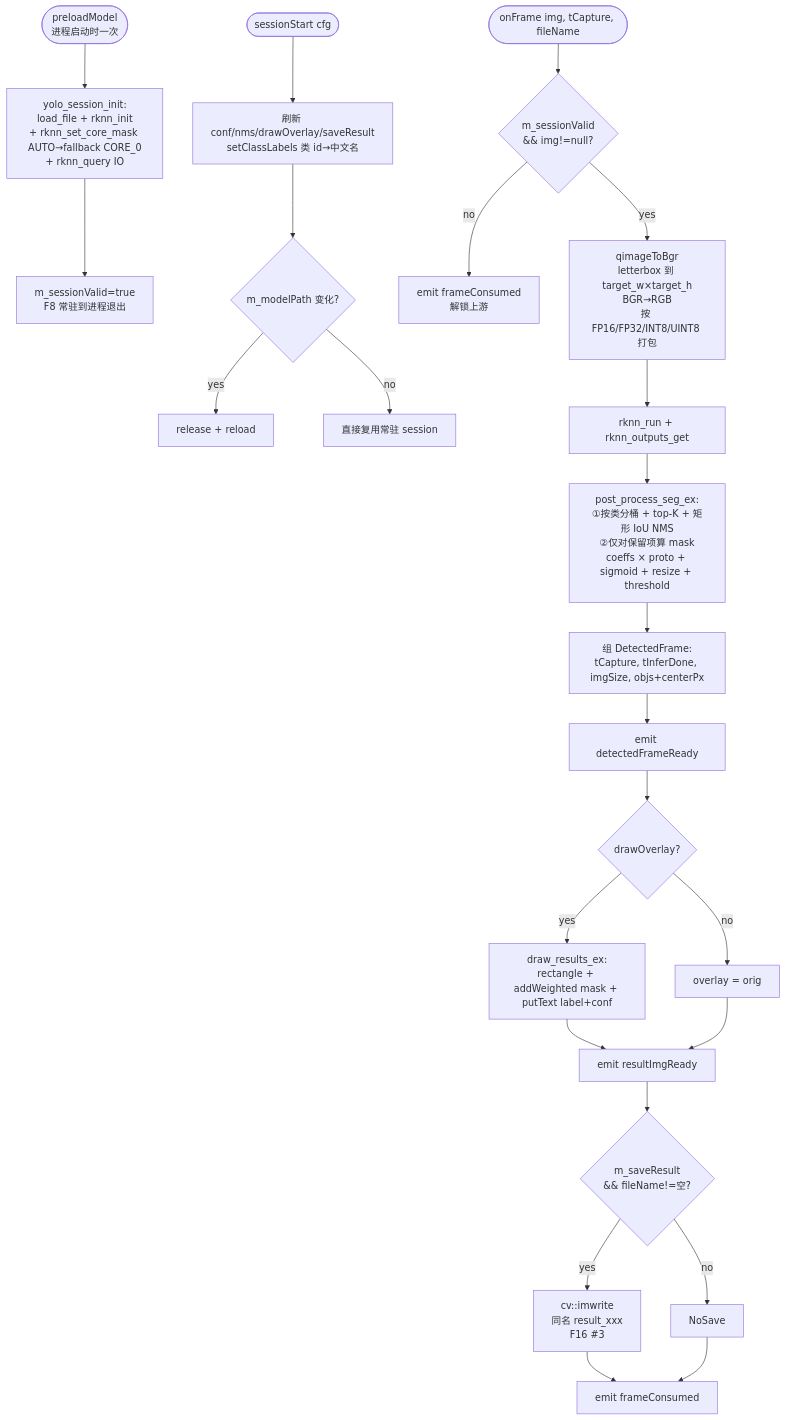
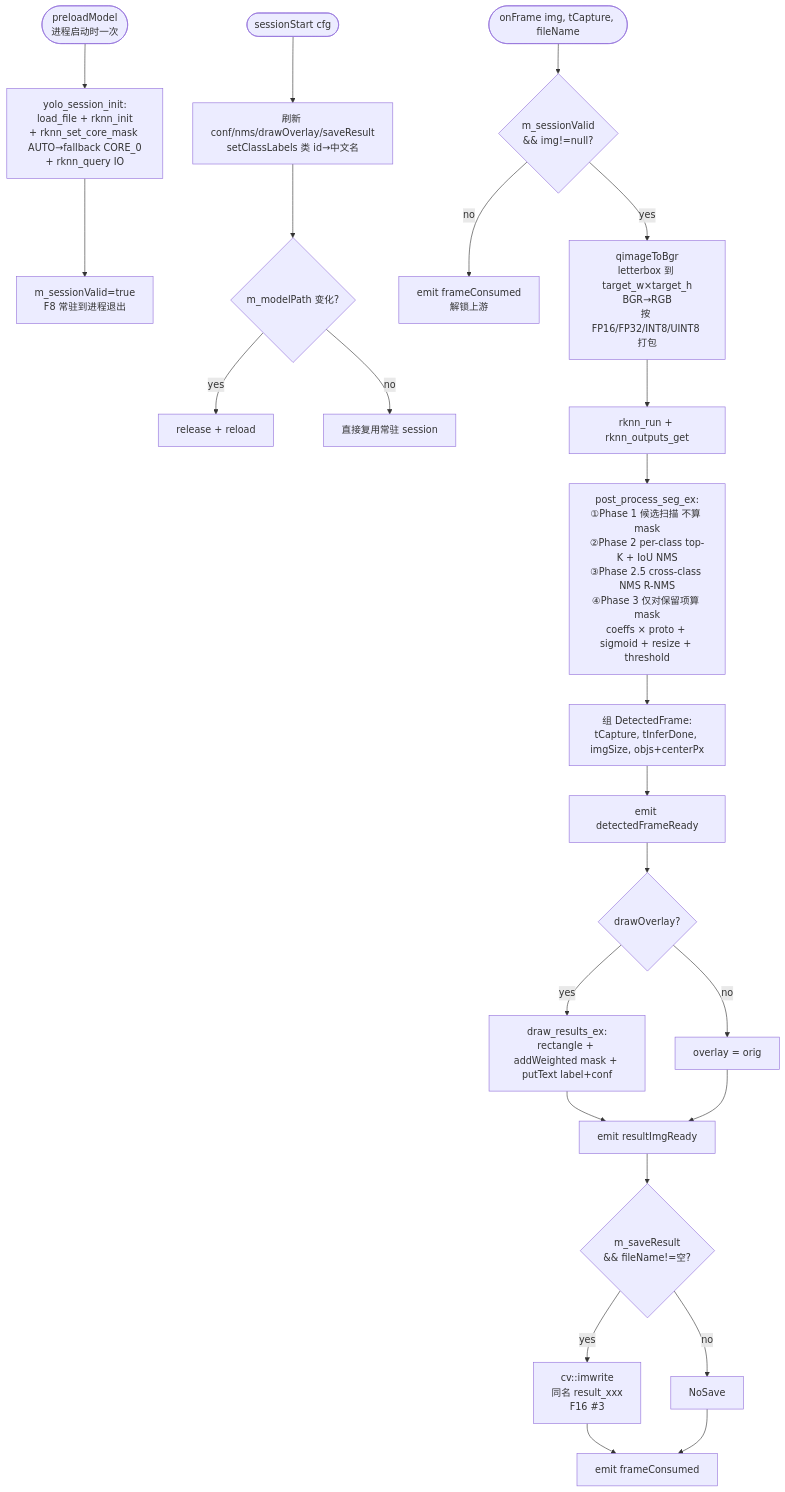
Before and after one commit to XiChYo/QINGLV: the tenth of 24 diagrams in docs/architecture.md, drawn with Mermaid. The commit also changed other lines of this file and 3 other files, not shown here.

````diff
--- a/docs/architecture.md
+++ b/docs/architecture.md
@@ -439,30 +453,30 @@
 ```mermaid
 flowchart TD
     PL([preloadModel<br/>进程启动时一次]) --> Load[yolo_session_init:<br/>load_file + rknn_init<br/>+ rknn_set_core_mask AUTO→fallback CORE_0<br/>+ rknn_query IO]
     Load --> Persist[m_sessionValid=true<br/>F8 常驻到进程退出]
 
     SS([sessionStart cfg]) --> Refresh[刷新 conf/nms/drawOverlay/saveResult<br/>setClassLabels 类 id→中文名]
     Refresh --> Check{m_modelPath 变化?}
     Check -- yes --> Reload[release + reload]
     Check -- no --> Keep[直接复用常驻 session]
 
     F([onFrame img, tCapture, fileName]) --> Valid{m_sessionValid<br/>&& img!=null?}
     Valid -- no --> ConsumeNoOp[emit frameConsumed<br/>解锁上游]
     Valid -- yes --> Pre[qimageToBgr<br/>letterbox 到 target_w×target_h<br/>BGR→RGB<br/>按 FP16/FP32/INT8/UINT8 打包]
     Pre --> Run[rknn_run + rknn_outputs_get]
-    Run --> Post[post_process_seg_ex:<br/>①按类分桶 + top-K + 矩形 IoU NMS<br/>②仅对保留项算 mask<br/>coeffs × proto + sigmoid + resize + threshold]
+    Run --> Post[post_process_seg_ex:<br/>①Phase 1 候选扫描 不算 mask<br/>②Phase 2 per-class top-K + IoU NMS<br/>③Phase 2.5 cross-class NMS R-NMS<br/>④Phase 3 仅对保留项算 mask<br/>coeffs × proto + sigmoid + resize + threshold]
     Post --> Assemble[组 DetectedFrame:<br/>tCapture, tInferDone, imgSize, objs+centerPx]
     Assemble --> EmitDet[emit detectedFrameReady]
 
     EmitDet --> Over{drawOverlay?}
     Over -- yes --> Draw[draw_results_ex:<br/>rectangle + addWeighted mask + putText label+conf]
     Over -- no --> NoDraw[overlay = orig]
     Draw --> EmitVis[emit resultImgReady]
     NoDraw --> EmitVis
 
     EmitVis --> SaveChk{m_saveResult<br/>&& fileName!=空?}
     SaveChk -- yes --> Save[cv::imwrite<br/>同名 result_xxx<br/>F16 #3]
     SaveChk -- no --> NoSave
     Save --> Consume[emit frameConsumed]
     NoSave --> Consume
 ```
````
